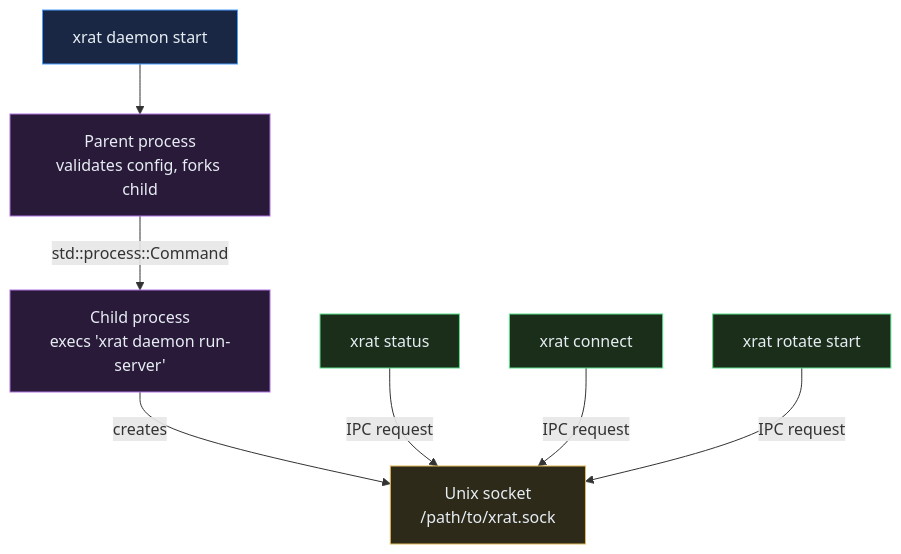
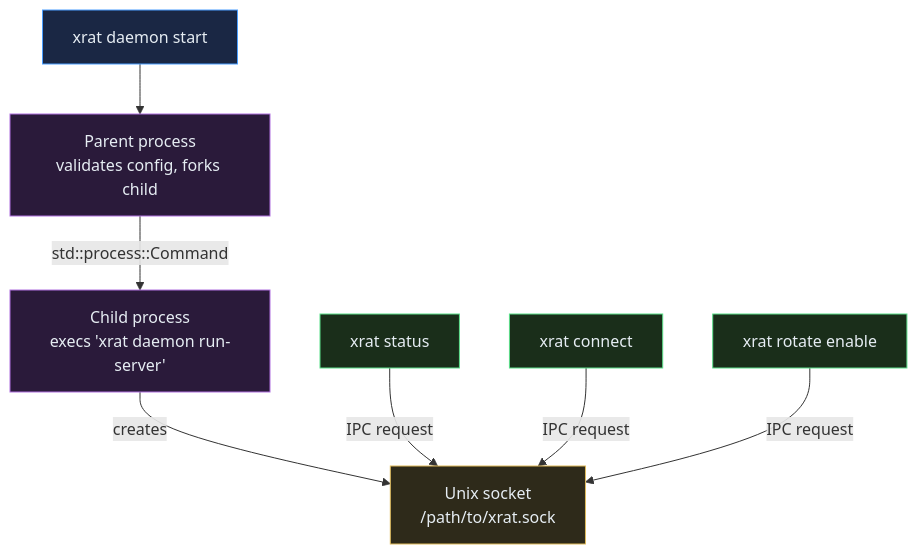
Before and after one commit to mhyrzt/xrat: the first of 7 diagrams in docs/src/06-architecture/daemon-architecture.md, drawn with Mermaid. The commit also changed 20 other files, not shown here.

Commit message:
feat: polish rotate cli and enable rotation by default

````diff
--- a/docs/src/06-architecture/daemon-architecture.md
+++ b/docs/src/06-architecture/daemon-architecture.md
@@ -8,22 +8,22 @@
 ```mermaid
 graph TB
     classDef cli    fill:#1a2744,stroke:#4a9eff,color:#e6edf3
     classDef proc   fill:#2a1a3a,stroke:#b070df,color:#e6edf3
     classDef client fill:#1a2e1a,stroke:#5bdf8a,color:#e6edf3
     classDef sock   fill:#2e2a1a,stroke:#dfba5b,color:#e6edf3
 
     CLI["xrat daemon start"]:::cli
     PARENT["Parent process<br/>validates config, forks child"]:::proc
     CHILD["Child process<br/>execs 'xrat daemon run-server'"]:::proc
     SOCK["Unix socket<br/>/path/to/xrat.sock"]:::sock
     CLIENT1["xrat status"]:::client
     CLIENT2["xrat connect"]:::client
-    CLIENT3["xrat rotate start"]:::client
+    CLIENT3["xrat rotate enable"]:::client
 
     CLI --> PARENT
     PARENT -- "std::process::Command" --> CHILD
     CHILD -- "creates" --> SOCK
     CLIENT1 -- "IPC request" --> SOCK
     CLIENT2 -- "IPC request" --> SOCK
     CLIENT3 -- "IPC request" --> SOCK
 ```
````
